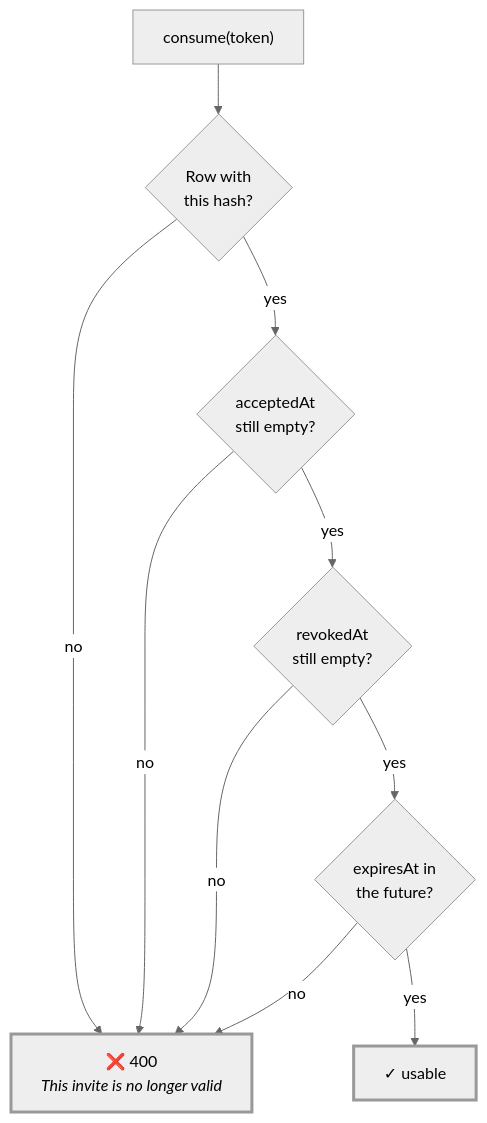
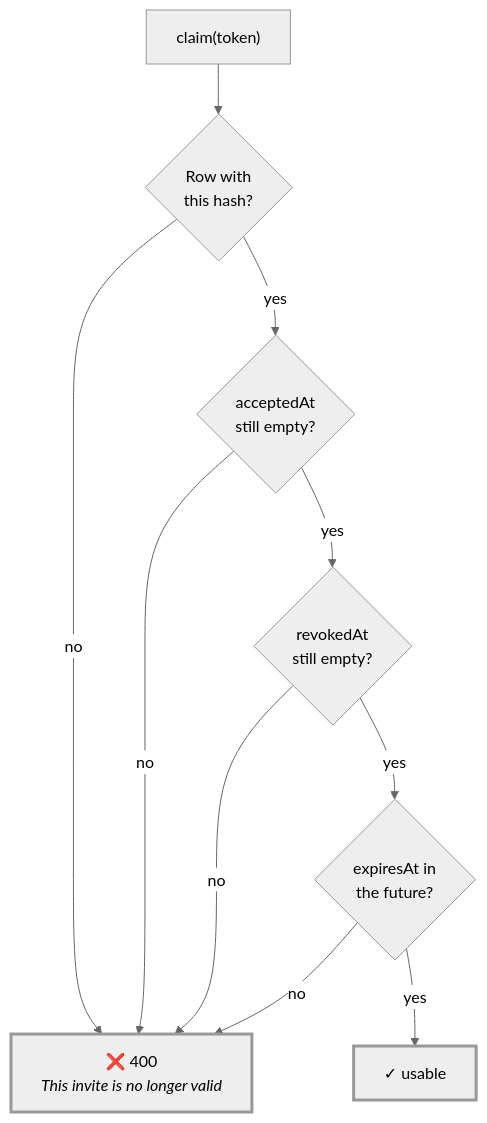
Before and after one commit to chuba-cn/koru: the seventh of 11 diagrams in docs/architecture/staff-invitations.md, drawn with Mermaid (neutral theme). The commit also changed other lines of this file and 14 other files, not shown here.

````diff
--- a/docs/architecture/staff-invitations.md
+++ b/docs/architecture/staff-invitations.md
@@ -191,15 +212,15 @@
 ```mermaid
 flowchart TD
-    S["consume(token)"] --> Q1{"Row with<br/>this hash?"}
+    S["claim(token)"] --> Q1{"Row with<br/>this hash?"}
     Q1 -->|no| R["❌ 400<br/><i>This invite is no longer valid</i>"]
     Q1 -->|yes| Q2{"acceptedAt<br/>still empty?"}
     Q2 -->|no| R
     Q2 -->|yes| Q3{"revokedAt<br/>still empty?"}
     Q3 -->|no| R
     Q3 -->|yes| Q4{"expiresAt in<br/>the future?"}
     Q4 -->|no| R
     Q4 -->|yes| OK["✓ usable"]
 
     style OK stroke-width:3px
     style R stroke-width:3px
 ```
````
